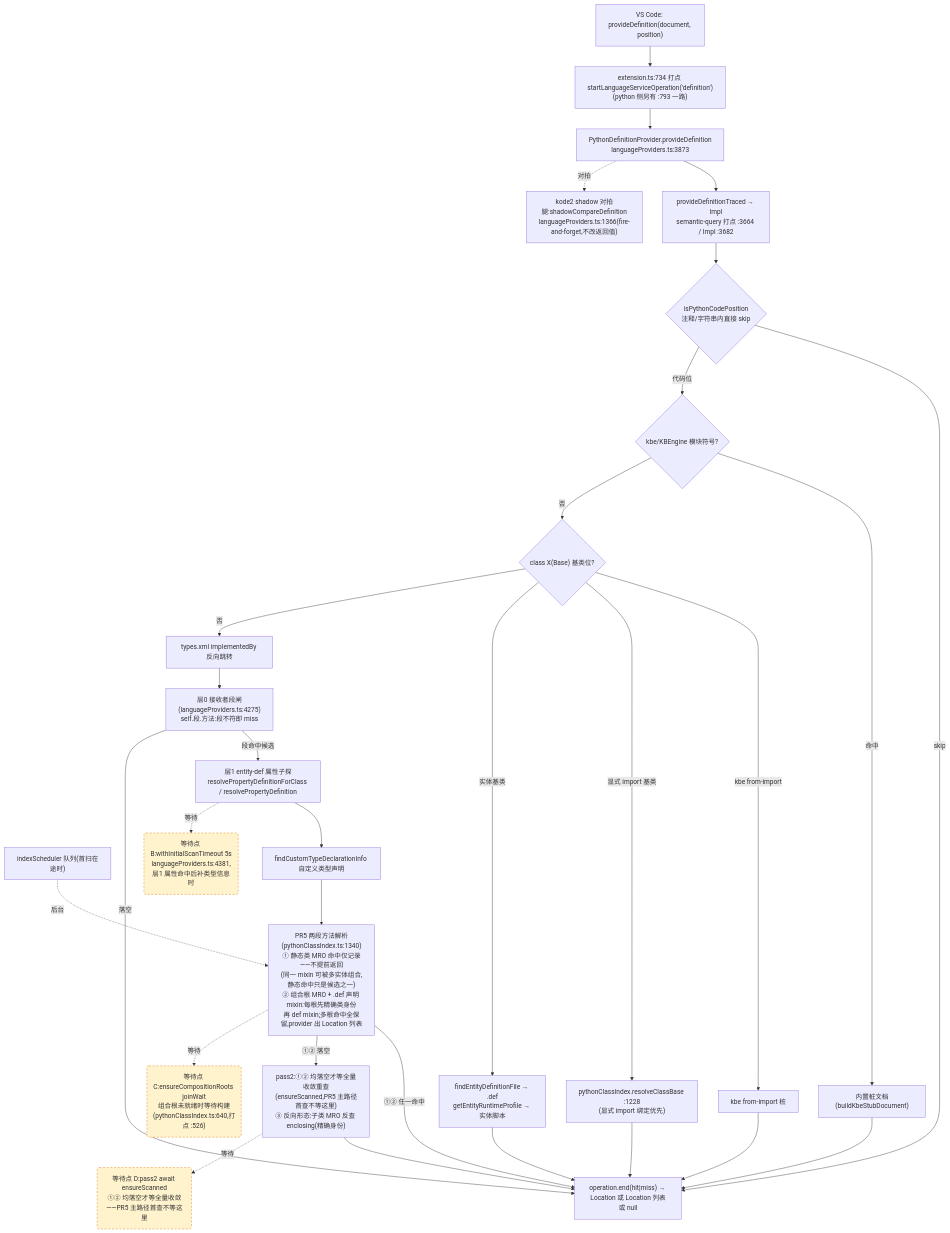
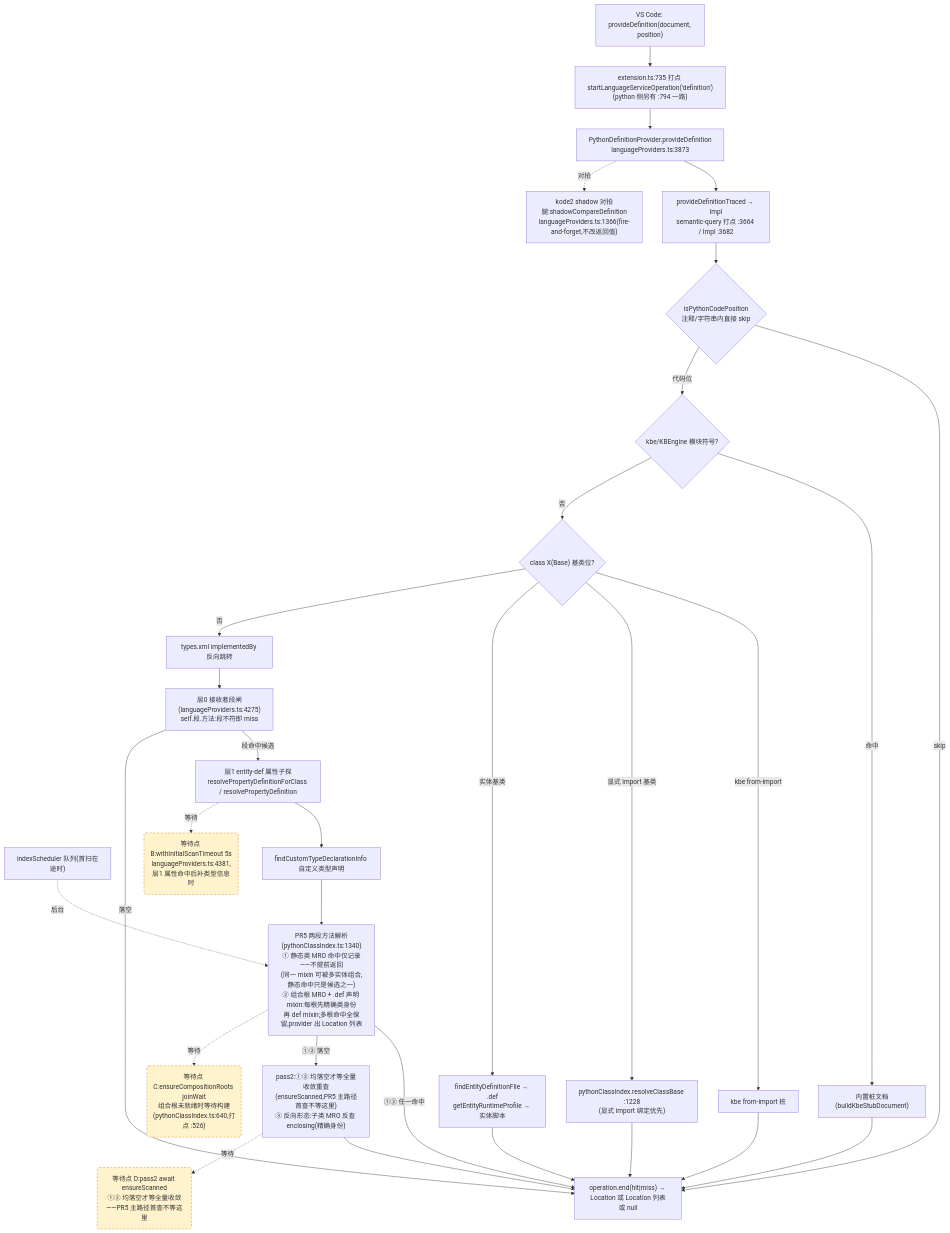
The second of 4 diagrams in docs/perf/2026-baseline.md (cuihairu/kode), drawn with Mermaid before and after one commit. The commit also changed other lines of this file and 13 other files, not shown here.

Commit message:
feat: add schema impact preview command

````diff
--- a/docs/perf/2026-baseline.md
+++ b/docs/perf/2026-baseline.md
@@ -130,51 +130,51 @@
 ```mermaid
 flowchart TD
   VC2["VS Code: provideDefinition(document, position)"]
-  M2["extension.ts:734 打点 startLanguageServiceOperation('definition')<br/>(python 侧另有 :793 一路)"]
+  M2["extension.ts:735 打点 startLanguageServiceOperation('definition')<br/>(python 侧另有 :794 一路)"]
   AD2["PythonDefinitionProvider.provideDefinition<br/>languageProviders.ts:3873"]
   TR["provideDefinitionTraced → Impl<br/>semantic-query 打点 :3664 / Impl :3682"]
   CTX{"isPythonCodePosition<br/>注释/字符串内直接 skip"}
   KBE{"kbe/KBEngine 模块符号?"}
   STUB["内置桩文档(buildKbeStubDocument)"]
   CB{"class X(Base) 基类位?"}
   CB1["kbe from-import 桩"]
   CB2["pythonClassIndex.resolveClassBase :1228<br/>(显式 import 绑定优先)"]
   CB3["findEntityDefinitionFile → .def<br/>getEntityRuntimeProfile → 实体脚本"]
   REV["types.xml implementedBy 反向跳转"]
   L0["层0 接收者段闸(languageProviders.ts:4275)<br/>self.段.方法:段不符即 miss"]
   L1["层1 entity-def 属性子探<br/>resolvePropertyDefinitionForClass / resolvePropertyDefinition"]
   SCAN["indexScheduler 队列(首扫在途时)"]
   TY["findCustomTypeDeclarationInfo 自定义类型声明"]
   MRO["PR5 两段方法解析(pythonClassIndex.ts:1340)<br/>① 静态类 MRO 命中仅记录——不提前返回<br/>(同一 mixin 可被多实体组合,静态命中只是候选之一)<br/>② 组合根 MRO + .def 声明 mixin:每根先精确类身份<br/>再 def mixin;多根命中全保留,provider 出 Location 列表"]
   PASS2["pass2:①② 均落空才等全量收敛重查<br/>(ensureScanned,PR5 主路径首查不等这里)<br/>③ 反向形态:子类 MRO 反查 enclosing(精确身份)"]
   SHD["kode2 shadow 对拍腿:shadowCompareDefinition<br/>languageProviders.ts:1366(fire-and-forget,不改返回值)"]
   END2["operation.end(hit|miss) → Location 或 Location 列表或 null"]
 
   VC2 --> M2 --> AD2 --> TR --> CTX
   CTX -- "skip" --> END2
   CTX -- "代码位" --> KBE
   KBE -- "命中" --> STUB --> END2
   KBE -- "否" --> CB
   CB -- "kbe from-import" --> CB1 --> END2
   CB -- "显式 import 基类" --> CB2 --> END2
   CB -- "实体基类" --> CB3 --> END2
   CB -- "否" --> REV --> L0
   L0 -- "段命中候选" --> L1
   L0 -- "落空" --> END2
   L1 --> TY
   TY --> MRO
   MRO -- "①② 任一命中" --> END2
   MRO -- "①② 落空" --> PASS2 --> END2
   AD2 -.->|对拍| SHD
 
   WAITB("等待点 B:withInitialScanTimeout 5s<br/>languageProviders.ts:4381,层1 属性命中后补类型信息时")
   WAITC("等待点 C:ensureCompositionRoots joinWait<br/>组合根未就绪时等待构建(pythonClassIndex.ts:640,打点 :526)")
   WAITD("等待点 D:pass2 await ensureScanned<br/>①② 均落空才等全量收敛——PR5 主路径首查不等这里")
   L1 -.->|等待| WAITB
   MRO -.->|等待| WAITC
   PASS2 -.->|等待| WAITD
   SCAN -.->|后台| MRO
 
   classDef waitPoint fill:#fff3cd,stroke:#d97706,stroke-dasharray:5 4;
   class WAITB,WAITC,WAITD waitPoint;
 ```
````
